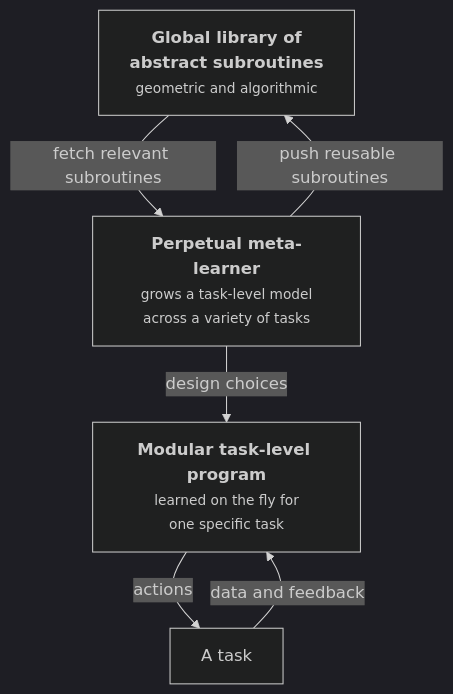
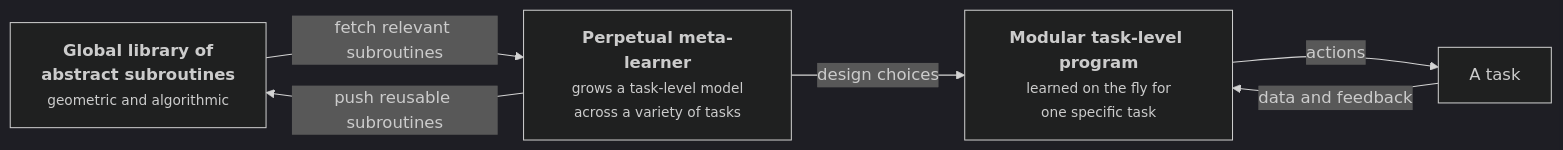
The diagram in figs/ch19-hybrid.mmd (situkangsayur/dnd-ai-products-services-pro-course-slides), drawn with Mermaid (dark theme) before and after one commit. The commit also changed 148 other files, not shown here.

First line of the commit message:
Diagram yang mengecil: tuntas. 0 dari 191 figur tampil di bawah 55%

```diff
--- a/figs/ch19-hybrid.mmd
+++ b/figs/ch19-hybrid.mmd
@@ -1,11 +1,14 @@
+%% direction chosen by tools/figures.py: this renders
+%% better in the space a slide gives it. Edit the deck
+%% source, not this file.
 
-flowchart TB
+flowchart LR
   LIB["<b>Global library of<br/>abstract subroutines</b><br/><small>geometric and algorithmic</small>"]
   META["<b>Perpetual meta-learner</b><br/><small>grows a task-level model<br/>across a variety of tasks</small>"]
   PROG["<b>Modular task-level program</b><br/><small>learned on the fly for<br/>one specific task</small>"]
   TASK["A task"]
   LIB -- "fetch relevant subroutines" --> META
   META -- "design choices" --> PROG
   PROG -- "actions" --> TASK
   TASK -- "data and feedback" --> PROG
   META -- "push reusable subroutines" --> LIB
```
